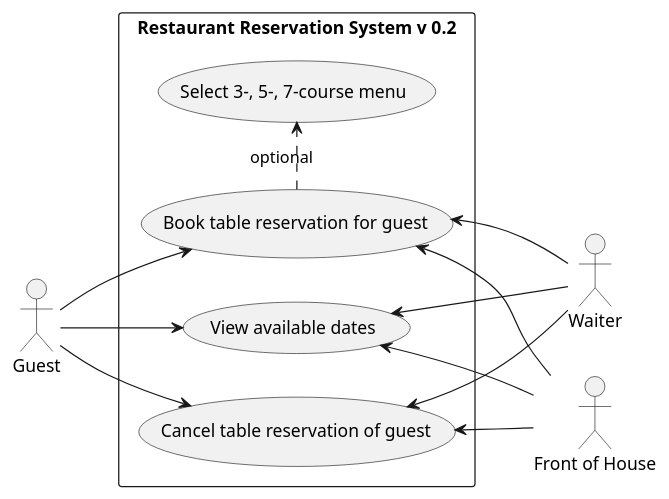
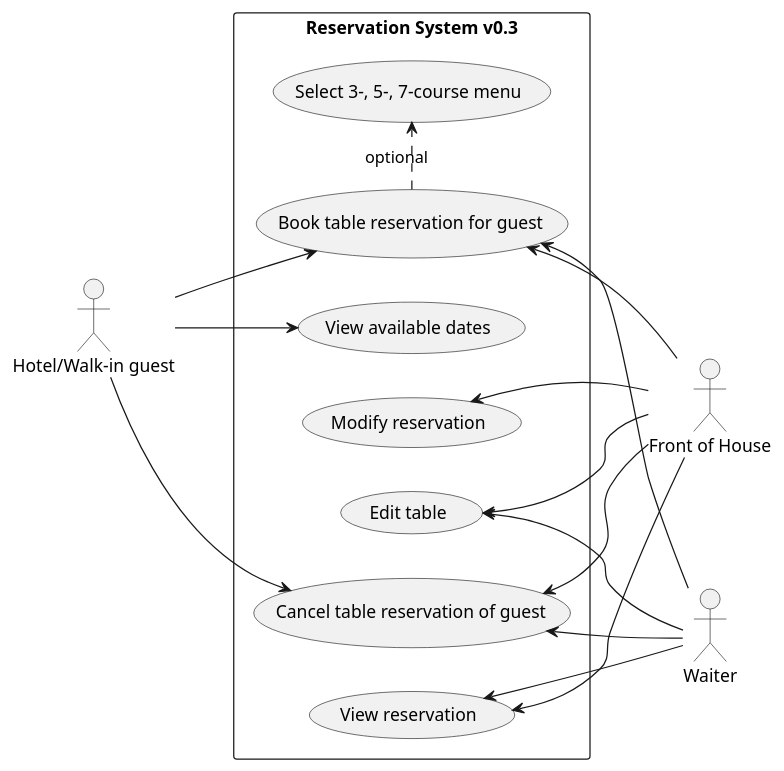
Before and after one commit to mrjink/molveno: the diagram in src/main/docs/uml/use-case/restaurant/reservation.puml, drawn with PlantUML. The commit also changed 7 other files, not shown here.

```diff
--- a/src/main/docs/uml/use-case/restaurant/reservation.puml
+++ b/src/main/docs/uml/use-case/restaurant/reservation.puml
@@ -1,31 +1,35 @@
 @startuml
 
 left to right direction
 
 actor "Front of House" as FoH
 actor Waiter
-actor Guest
+actor "Hotel/Walk-in guest" as Guest
 
-rectangle "Restaurant Reservation System v 0.2" {
+rectangle "Reservation System v0.3" {
     (View available dates) as (TableAll)
     (Book table reservation for guest) as (TableBook)
     (Select 3-, 5-, 7-course menu) as (TableCourse)
     (Cancel table reservation of guest) as (TableCancel)
+    (Edit table) as (EditTable)
+    (View reservation) as (ViewReservation)
+    (Modify reservation) as (ModifyReservation)
 
     Guest --> (TableAll)
     Guest --> (TableBook)
     (TableBook) .> (TableCourse) : optional
     Guest --> (TableCancel)
 
     (TableBook) <-- Waiter
     (TableCancel) <-- Waiter
-    (TableAll) <-- Waiter
-
+    (EditTable) <--  Waiter
+    (ViewReservation) <--  Waiter
 
     (TableBook) <-- FoH
     (TableCancel) <-- FoH
-    (TableAll) <-- FoH
-
+    (EditTable) <--  FoH
+    (ViewReservation) <--  FoH
+    (ModifyReservation) <--  FoH
 }
 
 @enduml
```
